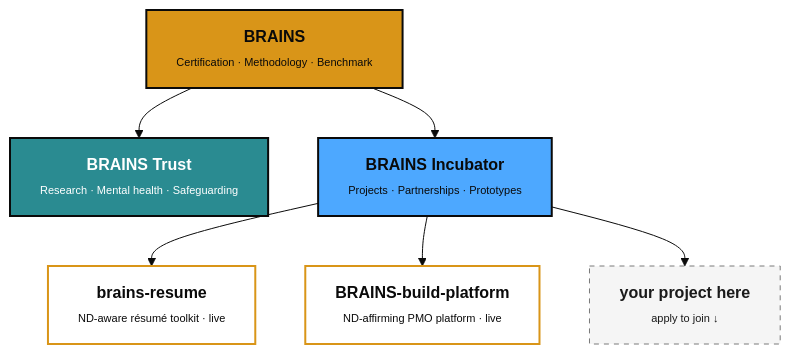
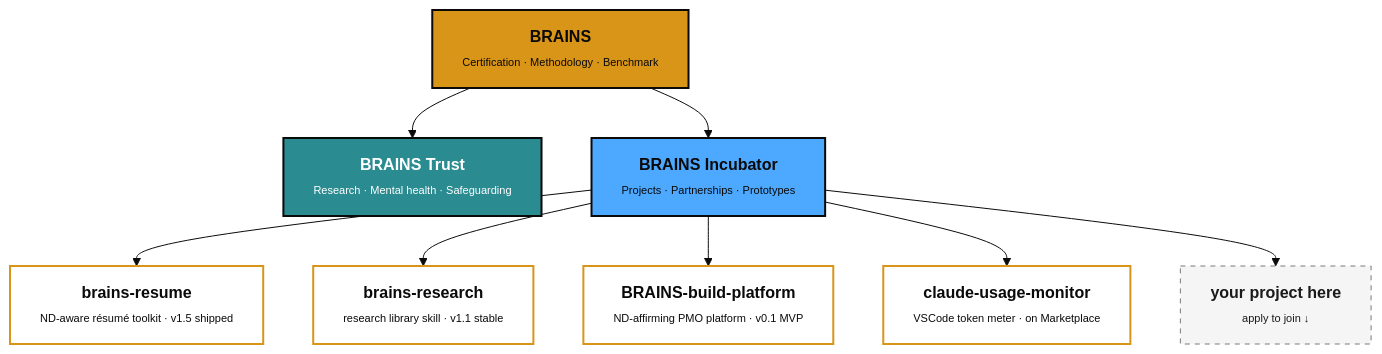
Before and after one commit to shard-BRAINS/.github: the diagram in profile/README.md, drawn with Mermaid (base theme). The commit also changed other lines of this file, not shown here.

Commit message:
docs(profile): add claude-usage-monitor + brains-research to Live projects; add Standards & infrastructure section for template-repo

````diff
--- a/profile/README.md
+++ b/profile/README.md
@@ -40,19 +40,23 @@
 ```mermaid
 flowchart TD
     P["<b>BRAINS</b><br/><span style='font-size:11px'>Certification · Methodology · Benchmark</span>"]:::parent
     T["<b>BRAINS Trust</b><br/><span style='font-size:11px'>Research · Mental health · Safeguarding</span>"]:::trust
     I["<b>BRAINS Incubator</b><br/><span style='font-size:11px'>Projects · Partnerships · Prototypes</span>"]:::incubator
-    R["<b>brains-resume</b><br/><span style='font-size:11px'>ND-aware résumé toolkit · live</span>"]:::live
-    B["<b>BRAINS-build-platform</b><br/><span style='font-size:11px'>ND-affirming PMO platform · live</span>"]:::live
+    R["<b>brains-resume</b><br/><span style='font-size:11px'>ND-aware résumé toolkit · v1.5 shipped</span>"]:::live
+    RS["<b>brains-research</b><br/><span style='font-size:11px'>research library skill · v1.1 stable</span>"]:::live
+    B["<b>BRAINS-build-platform</b><br/><span style='font-size:11px'>ND-affirming PMO platform · v0.1 MVP</span>"]:::live
+    CM["<b>claude-usage-monitor</b><br/><span style='font-size:11px'>VSCode token meter · on Marketplace</span>"]:::live
     M["<b>your project here</b><br/><span style='font-size:11px'>apply to join ↓</span>"]:::open
     P --> T
     P --> I
     I --> R
+    I --> RS
     I --> B
+    I --> CM
     I --> M
     classDef parent fill:#D99518,stroke:#0A0A0A,stroke-width:2px,color:#0A0A0A
     classDef trust fill:#2A8B91,stroke:#0A0A0A,stroke-width:2px,color:#FFFFFF
     classDef incubator fill:#4DA8FF,stroke:#0A0A0A,stroke-width:2px,color:#0A0A0A
     classDef live fill:#FFFFFF,stroke:#D99518,stroke-width:2px,color:#0A0A0A
     classDef open fill:#F5F5F5,stroke:#7A7A7A,stroke-width:1px,stroke-dasharray:5 5,color:#1A1A1A
 ```
````
